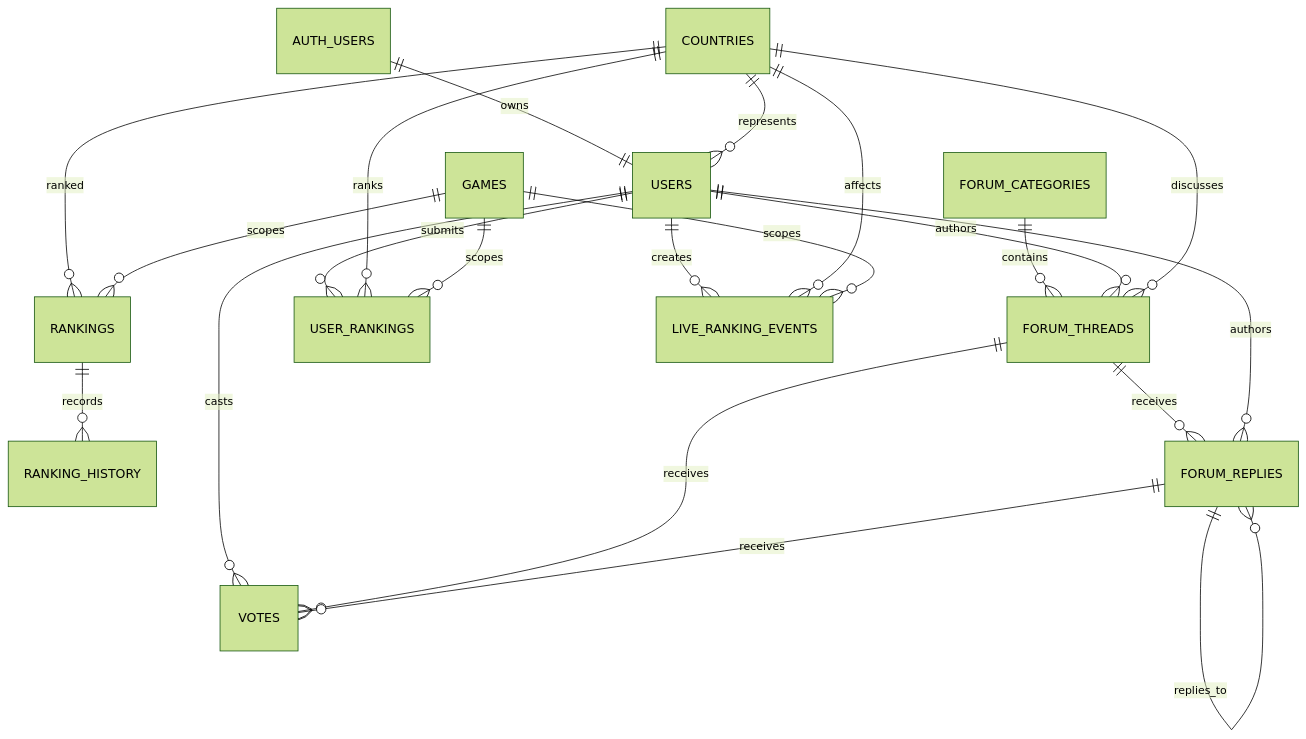
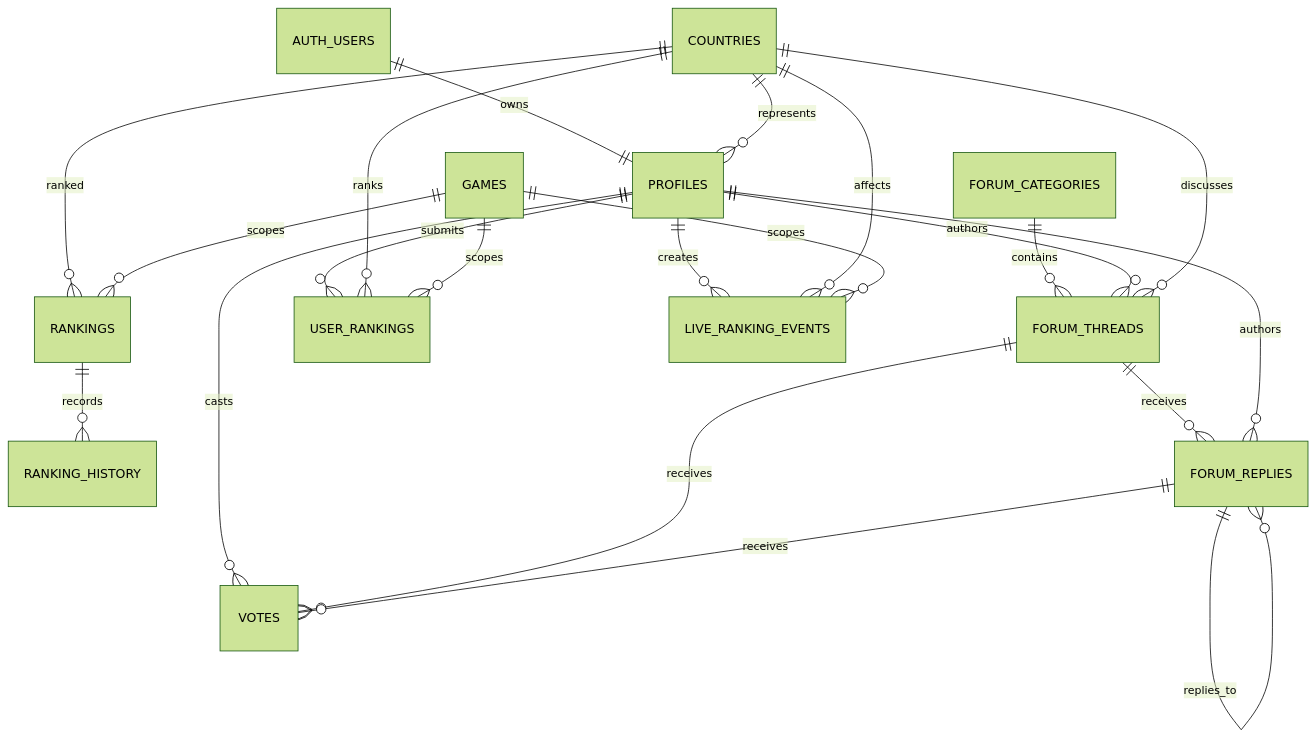
Before and after one commit to mattleydon/skillatlas: the diagram in DATABASE.md, drawn with Mermaid (forest theme). The commit also changed other lines of this file and 27 other files, not shown here.

````diff
--- a/DATABASE.md
+++ b/DATABASE.md
@@ -19,23 +29,23 @@
 ```mermaid
 erDiagram
-    AUTH_USERS ||--|| USERS : owns
-    COUNTRIES ||--o{ USERS : represents
+    AUTH_USERS ||--|| PROFILES : owns
+    COUNTRIES ||--o{ PROFILES : represents
     COUNTRIES ||--o{ RANKINGS : ranked
     GAMES ||--o{ RANKINGS : scopes
     RANKINGS ||--o{ RANKING_HISTORY : records
     FORUM_CATEGORIES ||--o{ FORUM_THREADS : contains
-    USERS ||--o{ FORUM_THREADS : authors
+    PROFILES ||--o{ FORUM_THREADS : authors
     COUNTRIES ||--o{ FORUM_THREADS : discusses
     FORUM_THREADS ||--o{ FORUM_REPLIES : receives
-    USERS ||--o{ FORUM_REPLIES : authors
+    PROFILES ||--o{ FORUM_REPLIES : authors
     FORUM_REPLIES ||--o{ FORUM_REPLIES : replies_to
-    USERS ||--o{ VOTES : casts
+    PROFILES ||--o{ VOTES : casts
     FORUM_THREADS ||--o{ VOTES : receives
     FORUM_REPLIES ||--o{ VOTES : receives
-    USERS ||--o{ USER_RANKINGS : submits
+    PROFILES ||--o{ USER_RANKINGS : submits
     COUNTRIES ||--o{ USER_RANKINGS : ranks
     GAMES ||--o{ USER_RANKINGS : scopes
-    USERS ||--o{ LIVE_RANKING_EVENTS : creates
+    PROFILES ||--o{ LIVE_RANKING_EVENTS : creates
     COUNTRIES ||--o{ LIVE_RANKING_EVENTS : affects
     GAMES ||--o{ LIVE_RANKING_EVENTS : scopes
 ```
````
